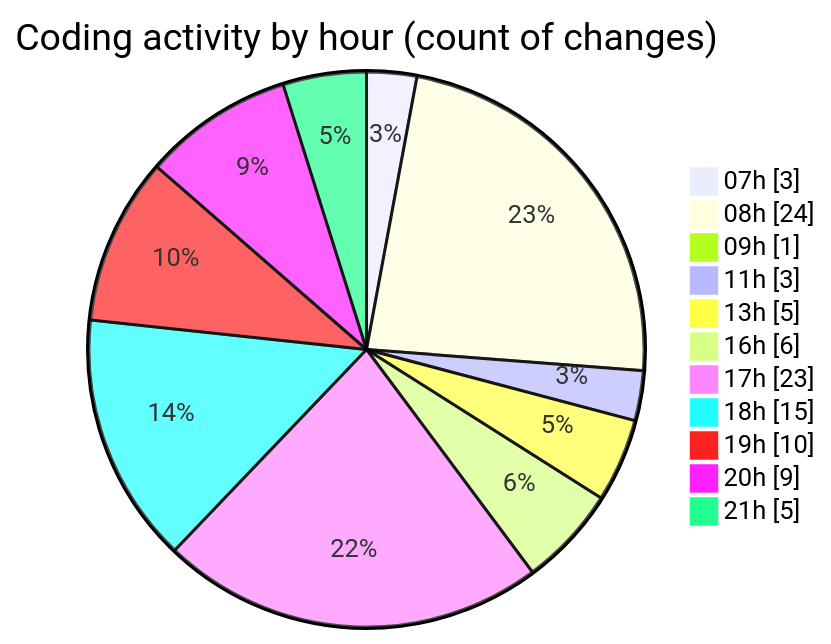
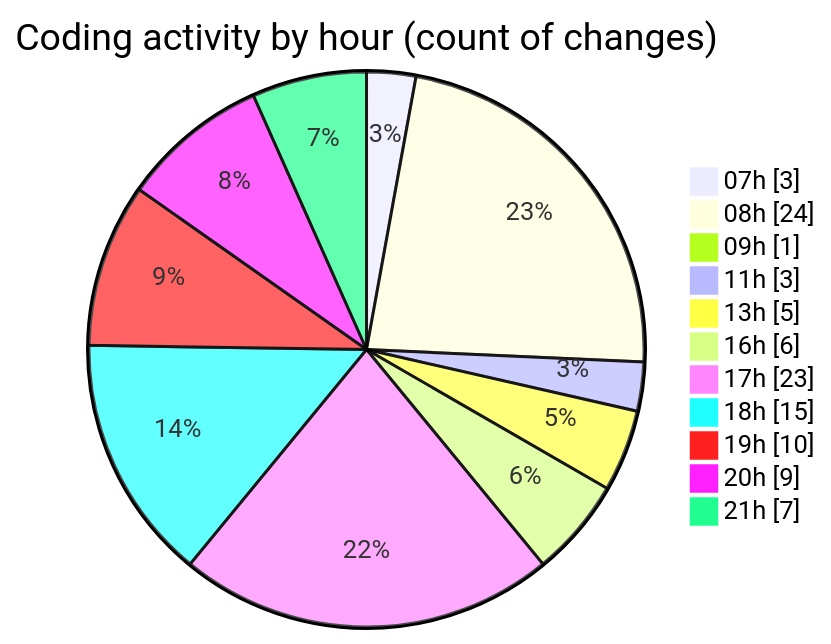
One commit to becaeroporto-bot/code-tracking changed the second of 2 diagrams in 2026-02-20/bot_i_a/README.md. Above: the diagram before and after it, drawn with Mermaid. The commit also changed other lines of this file and 1 other file, not shown here.

````diff
--- a/2026-02-20/bot_i_a/README.md
+++ b/2026-02-20/bot_i_a/README.md
@@ -55,15 +55,15 @@
 ```mermaid
 pie showData
 title Coding activity by hour (count of changes)
 "07h" : 3
 "08h" : 24
 "09h" : 1
 "11h" : 3
 "13h" : 5
 "16h" : 6
 "17h" : 23
 "18h" : 15
 "19h" : 10
 "20h" : 9
-"21h" : 5
+"21h" : 7
 ```
````
